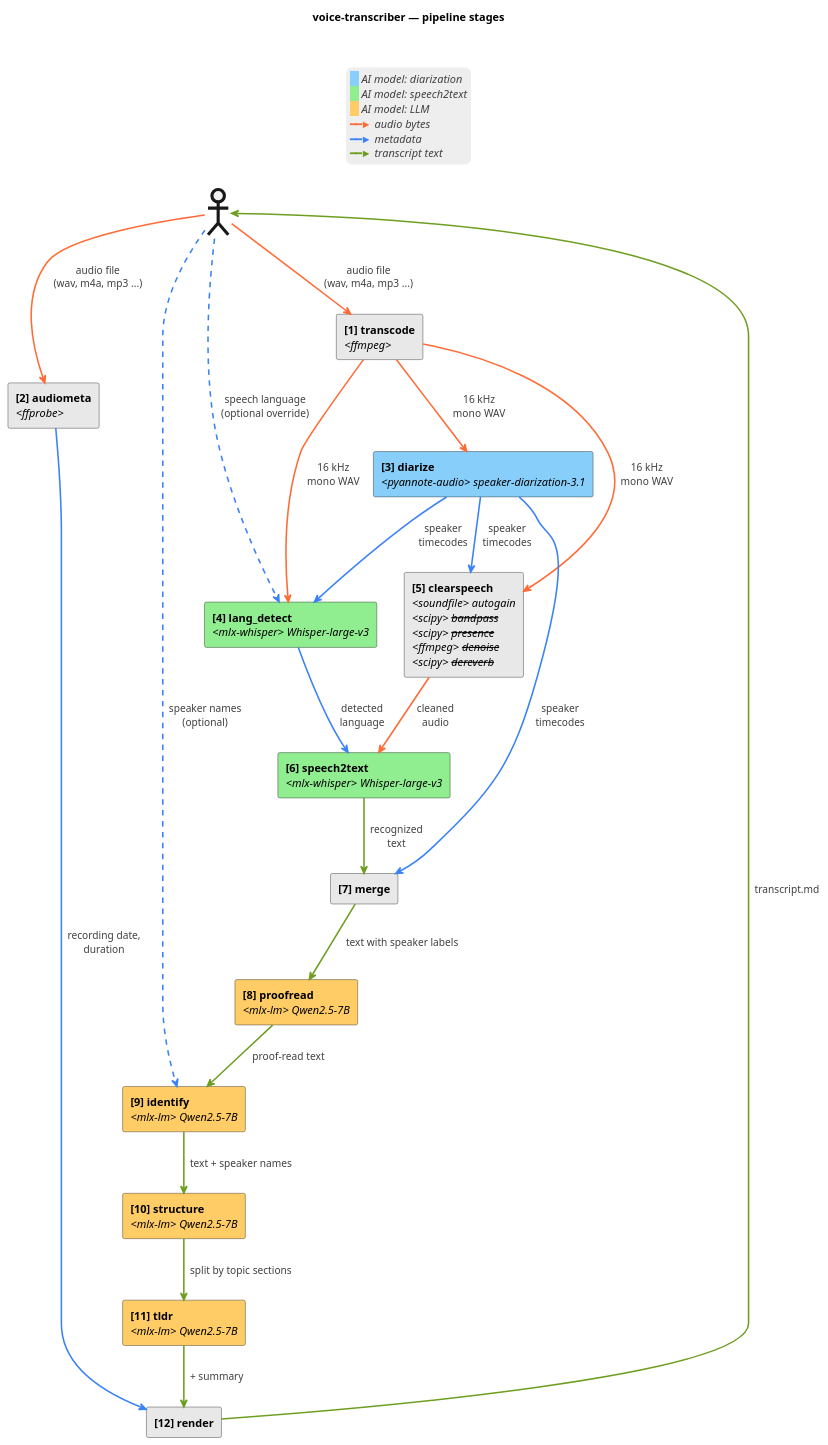
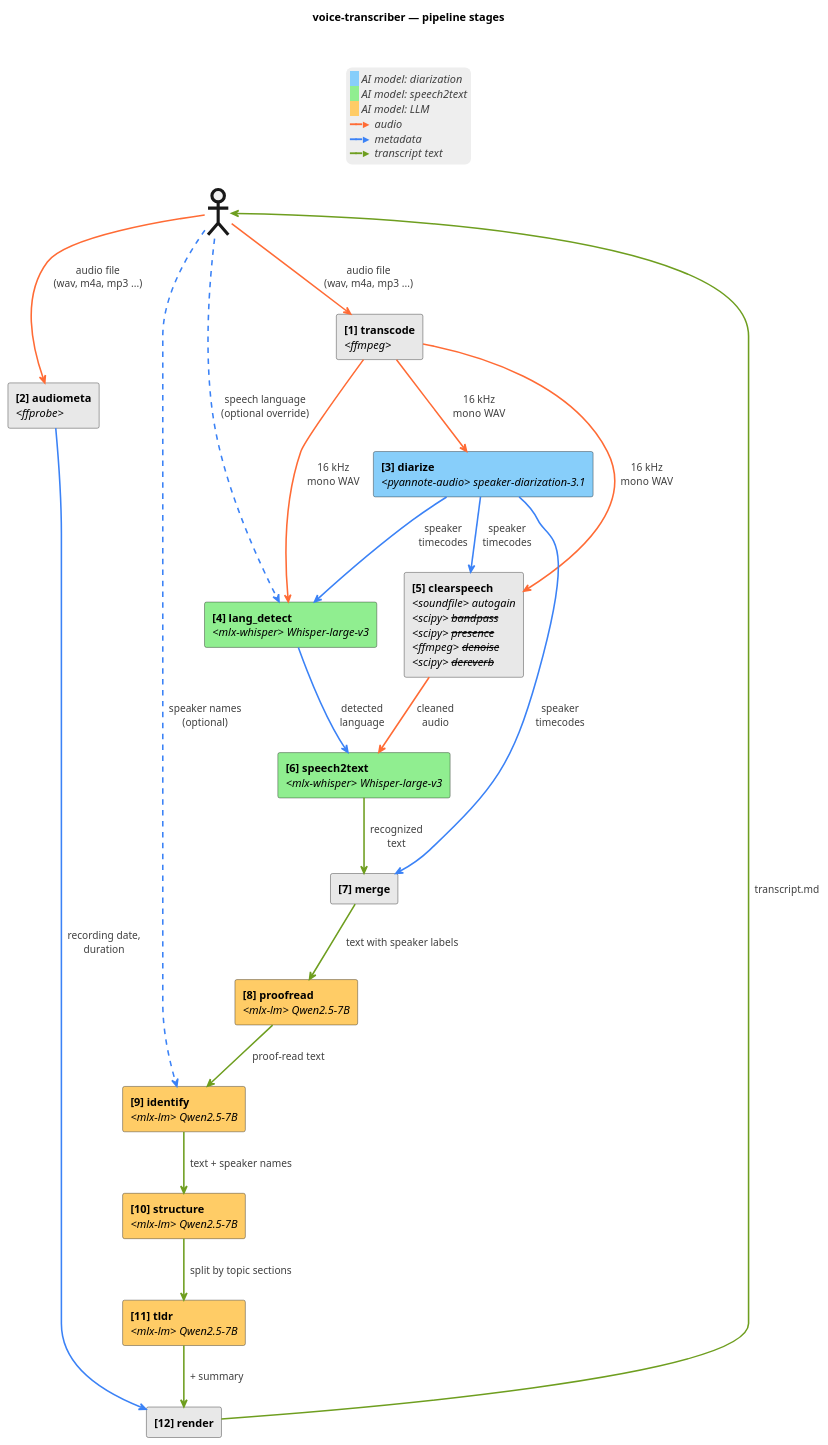
Before and after one commit to artem-from-ua/voice-transcriber: the diagram in docs/architecture.md, drawn with PlantUML. The commit also changed other lines of this file, not shown here.

Commit message:
docs(architecture): add 5px margin/padding around User actor + audio label trim
Two small diagram polish items from PR #91 review:

- User actor gets Margin 5 + Padding 5 (PlantUML <style> block). Before
  this, the actor was drawn flush against its incident edges and arrow
  labels could overlap the body silhouette on the high-density edges
  (User → FF, User → WAV, User → LangDet, User → Ident, Render → User).
- Edge-color legend entry "audio bytes" simplified to "audio" — the
  bytes-vs-text distinction is already conveyed by colour vs. arrow
  semantics; the extra word added noise.

Both changes are visual-only; no code, no tests, no version bump.

````diff
--- a/docs/architecture.md
+++ b/docs/architecture.md
@@ -23,67 +23,69 @@
 ```plantuml
 @startuml
 title voice-transcriber — pipeline stages
 skinparam componentStyle rectangle
 skinparam ArrowThickness 2
 skinparam legendBorderColor transparent
 skinparam legendBackgroundColor #EEEEEE
 
 <style>
   document {
     Margin 25
   }
   actor {
     LineThickness 4
+    Margin 5
+    Padding 5
   }
 </style>
 
 actor " " as User
 
 component "<b>[1] transcode</b>\n<i><ffmpeg></i>" as WAV #E8E8E8
 component "<b>[2] audiometa</b>\n<i><ffprobe></i>" as FF #E8E8E8
 component "<b>[3] diarize</b>\n<i><pyannote-audio> speaker-diarization-3.1</i>" as Diar #87CEFA
 component "<b>[4] lang_detect</b>\n<i><mlx-whisper> Whisper-large-v3</i>" as LangDet #90EE90
 component "<b>[5] clearspeech</b>\n<i><soundfile> autogain</i>\n<i><scipy> <s>bandpass</s></i>\n<i><scipy> <s>presence</s></i>\n<i><ffmpeg> <s>denoise</s></i>\n<i><scipy> <s>dereverb</s></i>" as CS #E8E8E8
 component "<b>[6] speech2text</b>\n<i><mlx-whisper> Whisper-large-v3</i>" as ASR #90EE90
 component "<b>[7] merge</b>" as Merge #E8E8E8
 component "<b>[8] proofread</b>\n<i><mlx-lm> Qwen2.5-7B</i>" as Post #FFCC66
 component "<b>[9] identify</b>\n<i><mlx-lm> Qwen2.5-7B</i>" as Ident #FFCC66
 component "<b>[10] structure</b>\n<i><mlx-lm> Qwen2.5-7B</i>" as Struct #FFCC66
 component "<b>[11] tldr</b>\n<i><mlx-lm> Qwen2.5-7B</i>" as TLDR #FFCC66
 component "<b>[12] render</b>" as Render #E8E8E8
 
 User -[#FF6B35]-> FF : <color:#404040>  audio file</color>\n<color:#404040>  (wav, m4a, mp3 ...)</color>
 User -[#FF6B35]-> WAV : <color:#404040>  audio file</color>\n<color:#404040>  (wav, m4a, mp3 ...)</color>
 User -[#3B82F6,dashed]-> LangDet : <color:#404040>  speech language</color>\n<color:#404040>  (optional override)</color>
 User -[#3B82F6,dashed]-> Ident : <color:#404040>  speaker names</color>\n<color:#404040>  (optional)</color>
 
 WAV -[#FF6B35]-> Diar : <color:#404040>  16 kHz</color>\n<color:#404040>  mono WAV</color>
 WAV -[#FF6B35]-> LangDet : <color:#404040>  16 kHz</color>\n<color:#404040>  mono WAV</color>
 WAV -[#FF6B35]-> CS : <color:#404040>  16 kHz</color>\n<color:#404040>  mono WAV</color>
 Diar -[#3B82F6]-> LangDet : <color:#404040>  speaker</color>\n<color:#404040>  timecodes</color>
 Diar -[#3B82F6]-> CS : <color:#404040>  speaker</color>\n<color:#404040>  timecodes</color>
 LangDet -[#3B82F6]-> ASR : <color:#404040>  detected</color>\n<color:#404040>  language</color>
 CS -[#FF6B35]-> ASR : <color:#404040>  cleaned</color>\n<color:#404040>  audio</color>
 
 ASR -[#6E9E1F]-> Merge : <color:#404040>  recognized</color>\n<color:#404040>  text</color>
 Diar -[#3B82F6]-> Merge : <color:#404040>  speaker</color>\n<color:#404040>  timecodes</color>
 
 Merge -[#6E9E1F]-> Post : <color:#404040>  text with speaker labels</color>
 Post -[#6E9E1F]-> Ident : <color:#404040>  proof-read text</color>
 Ident -[#6E9E1F]-> Struct : <color:#404040>  text + speaker names</color>
 Struct -[#6E9E1F]-> TLDR : <color:#404040>  split by topic sections</color>
 
 FF -[#3B82F6]-> Render : <color:#404040>  recording date,</color>\n<color:#404040>  duration</color>
 TLDR -[#6E9E1F]-> Render : <color:#404040>  + summary</color>
 Render -[#6E9E1F]-> User : <color:#404040>  transcript.md</color>
 
 legend top center
   <back:#87CEFA>   </back> <i><color:#404040>AI model: diarization</color></i>
   <back:#90EE90>   </back> <i><color:#404040>AI model: speech2text</color></i>
   <back:#FFCC66>   </back> <i><color:#404040>AI model: LLM</color></i>
-  <color:#FF6B35>━━►</color> <i><color:#404040>audio bytes</color></i>
+  <color:#FF6B35>━━►</color> <i><color:#404040>audio</color></i>
   <color:#3B82F6>━━►</color> <i><color:#404040>metadata</color></i>
   <color:#6E9E1F>━━►</color> <i><color:#404040>transcript text</color></i>
 end legend
 @enduml
 ```
````
